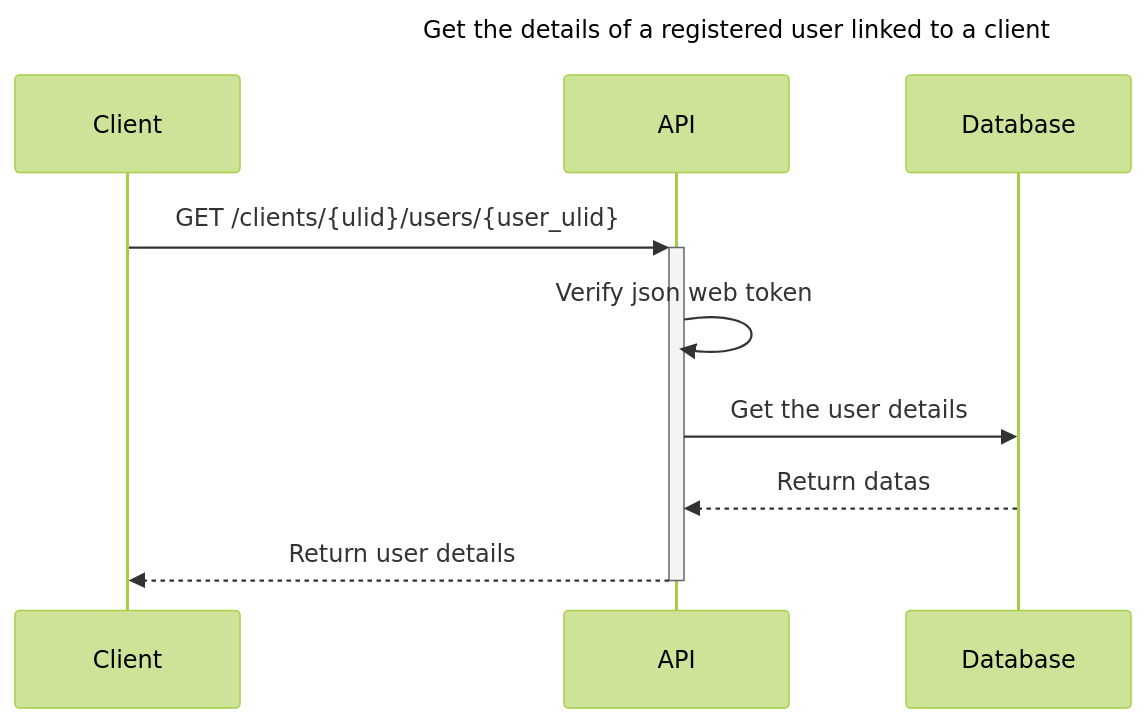
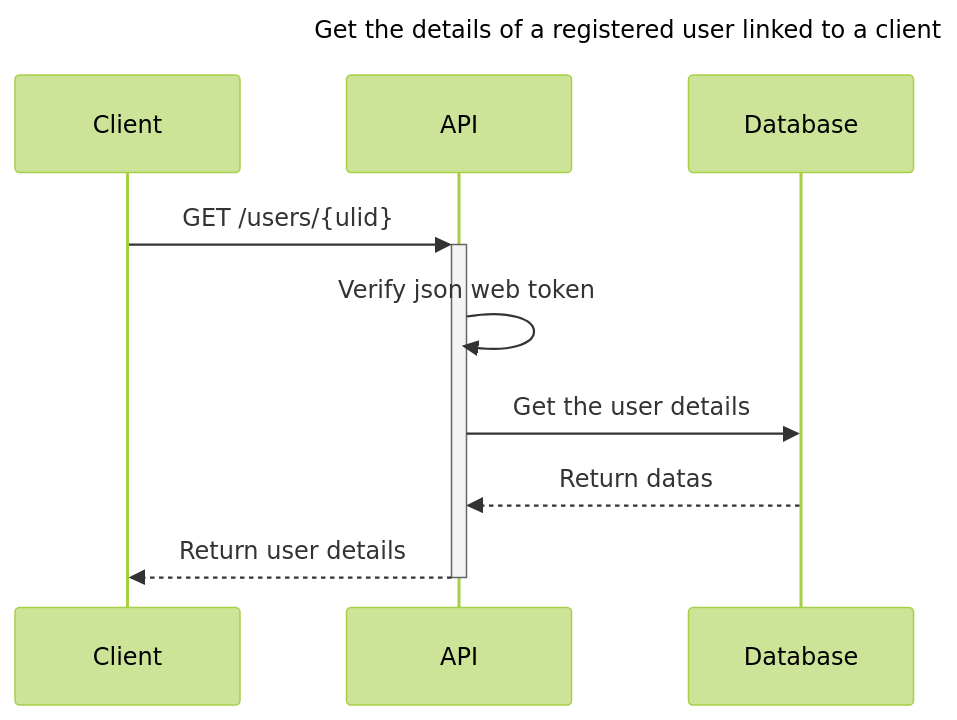
One commit to acecconato/AnthonyCecconato_7_12052023 changed the diagram in docs/sequence/get_user_details.md. Above: the diagram before and after it, drawn with Mermaid (forest theme). The commit also changed 3 other files, not shown here.

````diff
--- a/docs/sequence/get_user_details.md
+++ b/docs/sequence/get_user_details.md
@@ -1,14 +1,14 @@
 ```mermaid
 sequenceDiagram
 title Get the details of a registered user linked to a client
 
-Client->>+API: GET /clients/{ulid}/users/{user_ulid}
+Client->>+API: GET /users/{ulid}
 
 
 API->>API: Verify json web token
 
 API->>Database: Get the user details
 Database-->>API: Return datas
 
 API-->>-Client: Return user details
 ```
````
